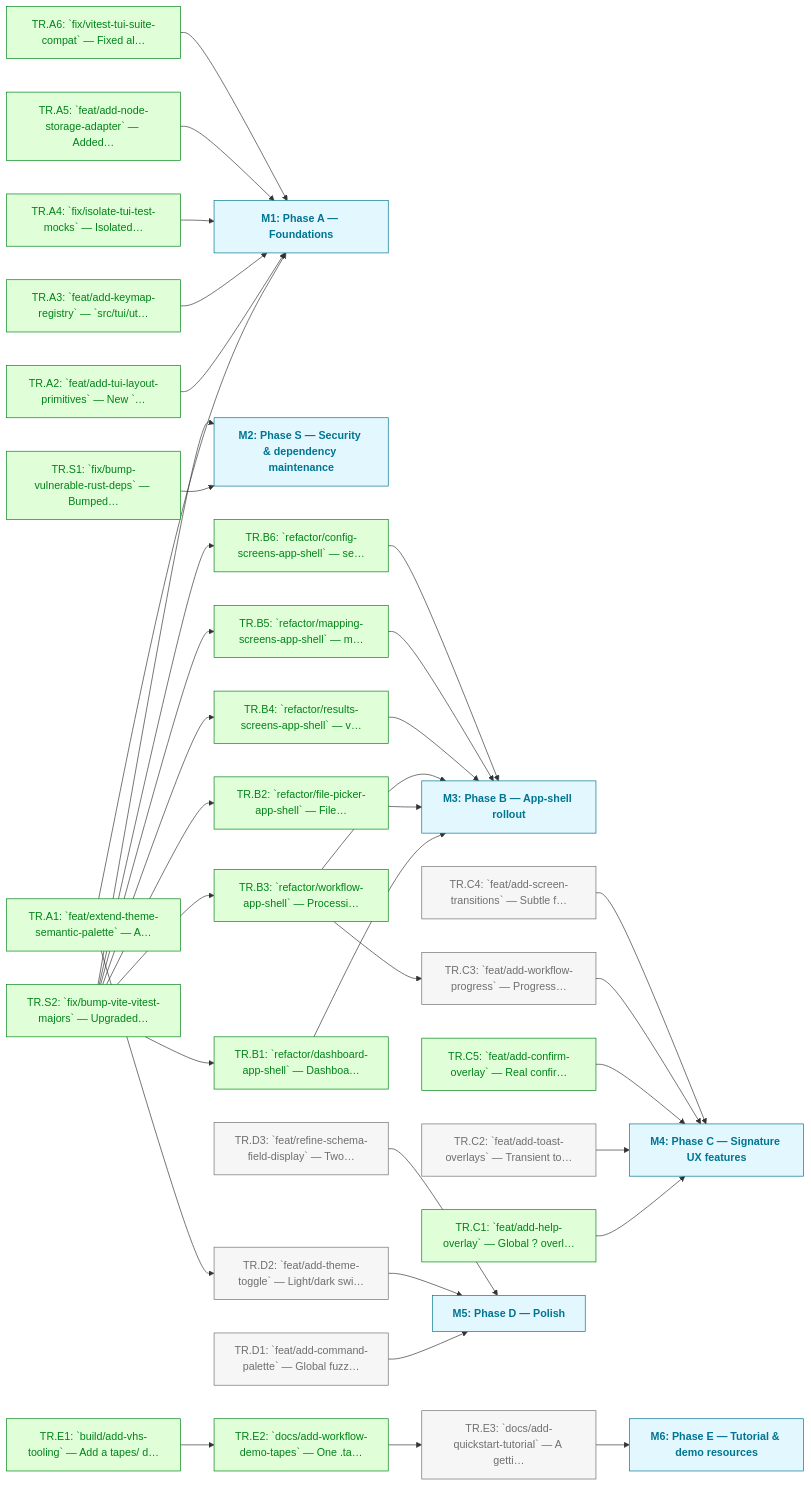
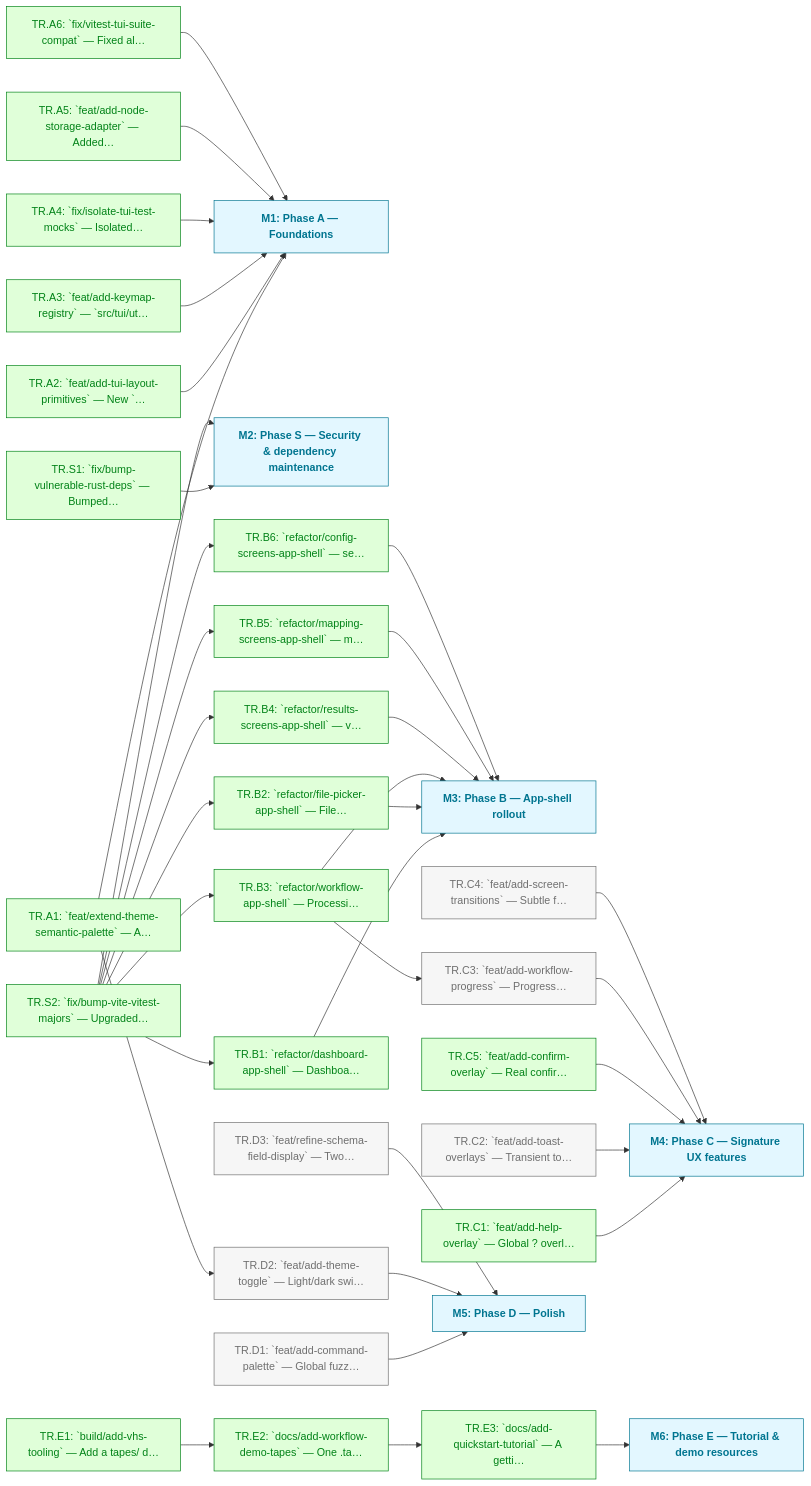
Before and after one commit to foundersandcoders/iris: the diagram in docs/roadmaps/v5a-2606/enhanced.md, drawn with Mermaid. The commit also changed other lines of this file and 1 other file, not shown here.

Commit message:
chore(roadmap): mark TR.E3 done
Quickstart tutorial shipped; recomputed statuses (no cascades, TR.E3
had no dependents) and regenerated the Mermaid dependency diagram.

````diff
--- a/docs/roadmaps/v5a-2606/enhanced.md
+++ b/docs/roadmaps/v5a-2606/enhanced.md
@@ -98,77 +98,77 @@
 ```mermaid
 graph LR
 	classDef todo fill:#f6f6f6,stroke:#6f6f6f,color:#6f6f6f
 	classDef blocked fill:#fff8f6,stroke:#e0002b,color:#e0002b,stroke-width:2px
 	classDef paused fill:#fdf4ff,stroke:#b01fe3,color:#b01fe3,stroke-dasharray:4 3
 	classDef deferred fill:#fff8f3,stroke:#ac5c00,color:#ac5c00,stroke-dasharray:2 4,font-style:italic
 	classDef done fill:#e0ffd9,stroke:#008217,color:#008217
 	classDef outOfScope fill:#f6f6f6,stroke:#e2e2e2,color:#e2e2e2,stroke-dasharray:2 2
 	classDef mile fill:#e3f7ff,stroke:#007590,color:#007590,font-weight:bold
 	classDef external fill:#fff9e5,stroke:#7d6f00,color:#7d6f00,stroke-dasharray:4 3,font-style:italic
 	TR.A1["TR.A1: `feat/extend-theme-semantic-palette` — A…"]
 	TR.A2["TR.A2: `feat/add-tui-layout-primitives` — New `…"]
 	TR.A3["TR.A3: `feat/add-keymap-registry` — `src/tui/ut…"]
 	TR.A4["TR.A4: `fix/isolate-tui-test-mocks` — Isolated…"]
 	TR.A5["TR.A5: `feat/add-node-storage-adapter` — Added…"]
 	TR.A6["TR.A6: `fix/vitest-tui-suite-compat` — Fixed al…"]
 	M1["M1: Phase A — Foundations"]:::mile
 	TR.S1["TR.S1: `fix/bump-vulnerable-rust-deps` — Bumped…"]
 	TR.S2["TR.S2: `fix/bump-vite-vitest-majors` — Upgraded…"]
 	M2["M2: Phase S — Security & dependency maintenance"]:::mile
 	TR.B1["TR.B1: `refactor/dashboard-app-shell` — Dashboa…"]
 	TR.B2["TR.B2: `refactor/file-picker-app-shell` — File…"]
 	TR.B3["TR.B3: `refactor/workflow-app-shell` — Processi…"]
 	TR.B4["TR.B4: `refactor/results-screens-app-shell` — v…"]
 	TR.B5["TR.B5: `refactor/mapping-screens-app-shell` — m…"]
 	TR.B6["TR.B6: `refactor/config-screens-app-shell` — se…"]
 	M3["M3: Phase B — App-shell rollout"]:::mile
 	TR.C1["TR.C1: `feat/add-help-overlay` — Global ? overl…"]
 	TR.C2["TR.C2: `feat/add-toast-overlays` — Transient to…"]
 	TR.C5["TR.C5: `feat/add-confirm-overlay` — Real confir…"]
 	TR.C3["TR.C3: `feat/add-workflow-progress` — Progress…"]
 	TR.C4["TR.C4: `feat/add-screen-transitions` — Subtle f…"]
 	M4["M4: Phase C — Signature UX features"]:::mile
 	TR.D1["TR.D1: `feat/add-command-palette` — Global fuzz…"]
 	TR.D2["TR.D2: `feat/add-theme-toggle` — Light/dark swi…"]
 	TR.D3["TR.D3: `feat/refine-schema-field-display` — Two…"]
 	M5["M5: Phase D — Polish"]:::mile
 	TR.E1["TR.E1: `build/add-vhs-tooling` — Add a tapes/ d…"]
 	TR.E2["TR.E2: `docs/add-workflow-demo-tapes` — One .ta…"]
 	TR.E3["TR.E3: `docs/add-quickstart-tutorial` — A getti…"]
 	M6["M6: Phase E — Tutorial & demo resources"]:::mile
 	TR.A1 --> M1
 	TR.A1 --> TR.D2
 	TR.A2 --> M1
 	TR.A3 --> M1
 	TR.A4 --> M1
 	TR.A5 --> M1
 	TR.A6 --> M1
 	TR.S1 --> M2
 	TR.S2 --> M2
 	TR.S2 --> TR.B1
 	TR.S2 --> TR.B2
 	TR.S2 --> TR.B3
 	TR.S2 --> TR.B4
 	TR.S2 --> TR.B5
 	TR.S2 --> TR.B6
 	TR.B1 --> M3
 	TR.B2 --> M3
 	TR.B3 --> M3
 	TR.B3 --> TR.C3
 	TR.B4 --> M3
 	TR.B5 --> M3
 	TR.B6 --> M3
 	TR.C1 --> M4
 	TR.C2 --> M4
 	TR.C5 --> M4
 	TR.C3 --> M4
 	TR.C4 --> M4
 	TR.D1 --> M5
 	TR.D2 --> M5
 	TR.D3 --> M5
 	TR.E1 --> TR.E2
 	TR.E2 --> TR.E3
 	TR.E3 --> M6
-	class TR.C2,TR.C3,TR.C4,TR.D1,TR.D2,TR.D3,TR.E3 todo
-	class TR.A1,TR.A2,TR.A3,TR.A4,TR.A5,TR.A6,TR.B1,TR.B2,TR.B3,TR.B4,TR.B5,TR.B6,TR.C1,TR.C5,TR.E1,TR.E2,TR.S1,TR.S2 done
+	class TR.C2,TR.C3,TR.C4,TR.D1,TR.D2,TR.D3 todo
+	class TR.A1,TR.A2,TR.A3,TR.A4,TR.A5,TR.A6,TR.B1,TR.B2,TR.B3,TR.B4,TR.B5,TR.B6,TR.C1,TR.C5,TR.E1,TR.E2,TR.E3,TR.S1,TR.S2 done
 ```
````
